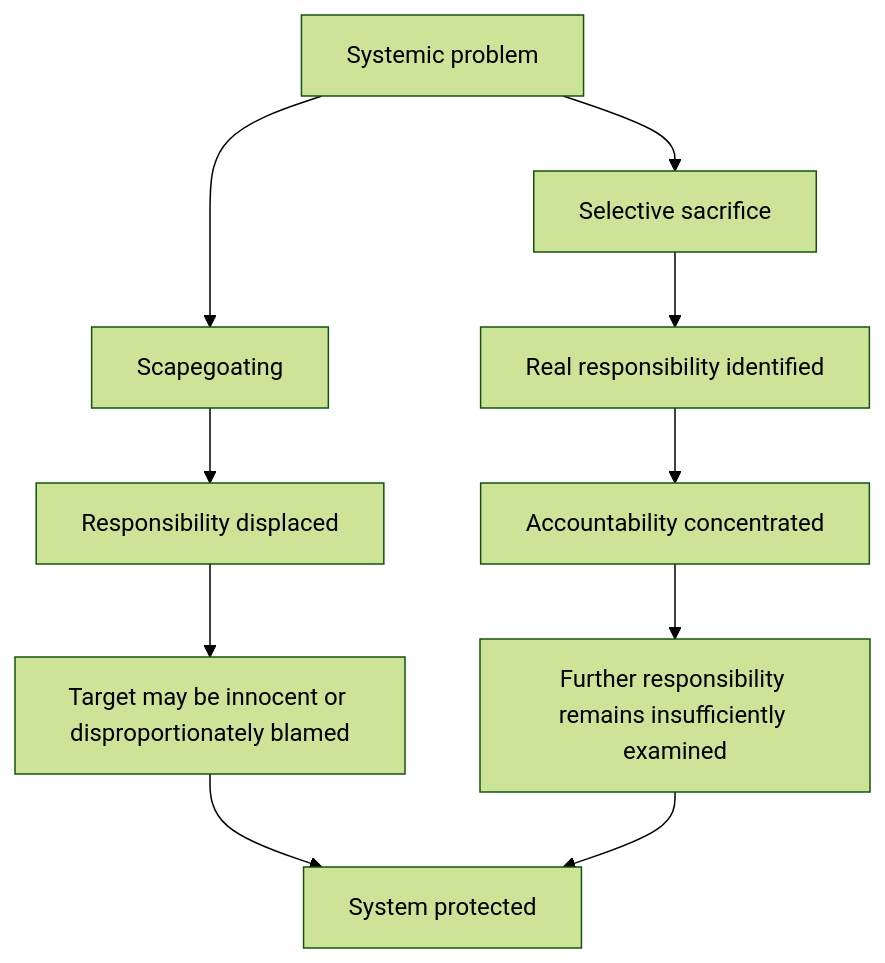
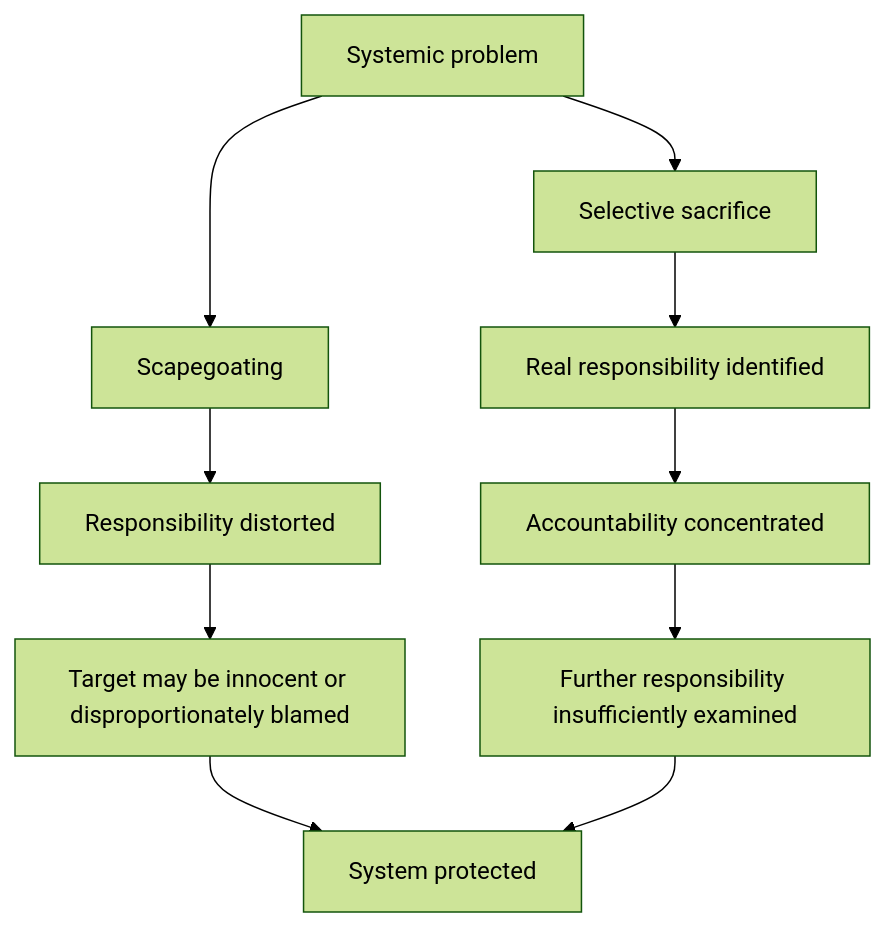
Before and after one commit to josefsbreakfast/Polaris-Protocol: the seventh of 12 diagrams in 🌑_1_Origin_Points/🪿_Embodied_Information_Ecology/♻️_Cybernetics/🌀_absorption_and_selective_sacrifice.md, drawn with Mermaid (forest theme). The commit also changed other lines of this file, not shown here.

````diff
--- a/🌑_1_Origin_Points/🪿_Embodied_Information_Ecology/♻️_Cybernetics/🌀_absorption_and_selective_sacrifice.md
+++ b/🌑_1_Origin_Points/🪿_Embodied_Information_Ecology/♻️_Cybernetics/🌀_absorption_and_selective_sacrifice.md
@@ -281,17 +288,17 @@
 ```mermaid
 flowchart TD
     P[Systemic problem]
 
     P --> S[Scapegoating]
     P --> SS[Selective sacrifice]
 
-    S --> S1[Responsibility displaced]
+    S --> S1[Responsibility distorted]
     S1 --> S2[Target may be innocent or disproportionately blamed]
 
     SS --> SS1[Real responsibility identified]
     SS1 --> SS2[Accountability concentrated]
-    SS2 --> SS3[Further responsibility remains insufficiently examined]
+    SS2 --> SS3[Further responsibility insufficiently examined]
 
     S2 --> R[System protected]
     SS3 --> R
 ```
````
